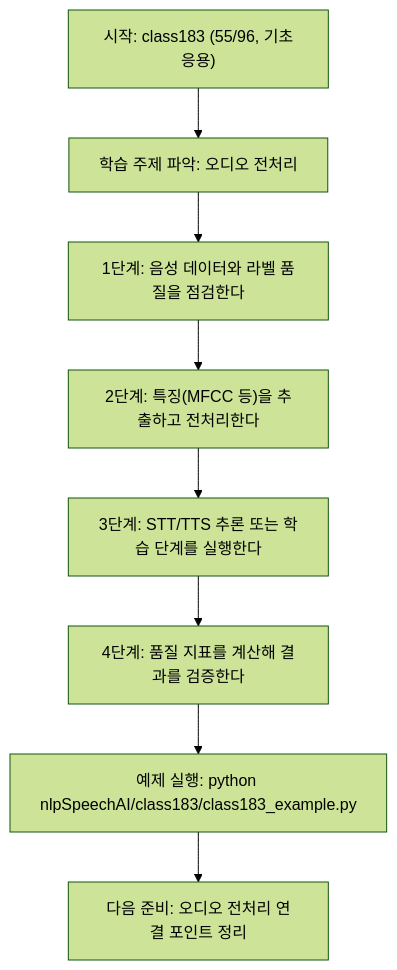
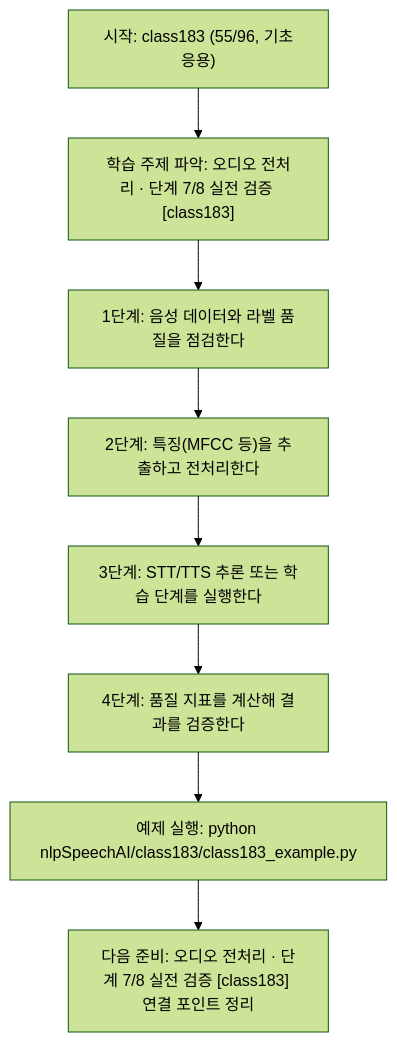
The diagram in nlpSpeechAI/class183/class183.md (edumgt/Python-AI_Agent-Class), drawn with Mermaid (forest theme) before and after one commit. The commit also changed other lines of this file and 522 other files, not shown here.

````diff
--- a/nlpSpeechAI/class183/class183.md
+++ b/nlpSpeechAI/class183/class183.md
@@ -112,18 +113,18 @@
 ```mermaid
 flowchart TD
 N1["시작: class183 (55/96, 기초응용)"]
-N2["학습 주제 파악: 오디오 전처리"]
+N2["학습 주제 파악: 오디오 전처리 · 단계 7/8 실전 검증 [class183]"]
 N3["1단계: 음성 데이터와 라벨 품질을 점검한다"]
 N4["2단계: 특징(MFCC 등)을 추출하고 전처리한다"]
 N5["3단계: STT/TTS 추론 또는 학습 단계를 실행한다"]
 N6["4단계: 품질 지표를 계산해 결과를 검증한다"]
 N7["예제 실행: python nlpSpeechAI/class183/class183_example.py"]
-N8["다음 준비: 오디오 전처리 연결 포인트 정리"]
+N8["다음 준비: 오디오 전처리 · 단계 7/8 실전 검증 [class183] 연결 포인트 정리"]
 N1 --> N2
 N2 --> N3
 N3 --> N4
 N4 --> N5
 N5 --> N6
 N6 --> N7
 N7 --> N8
 ```
````
